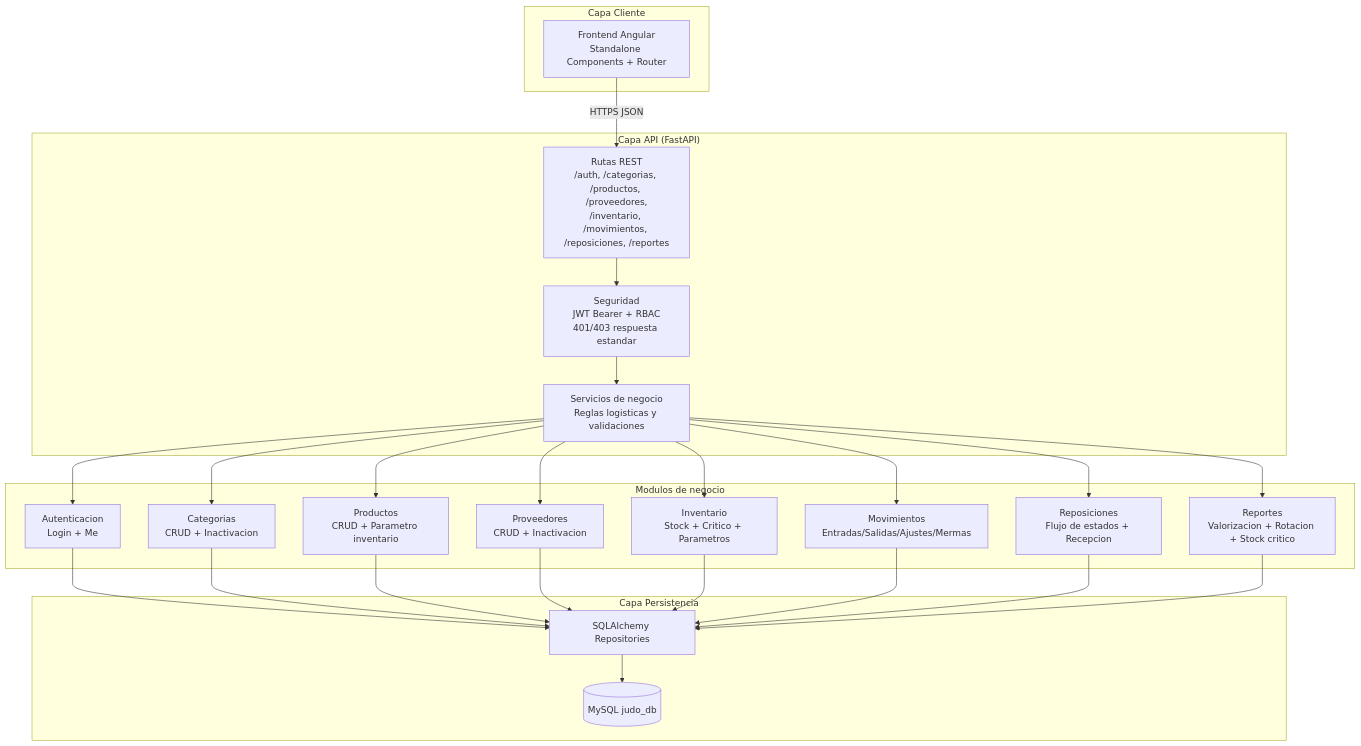
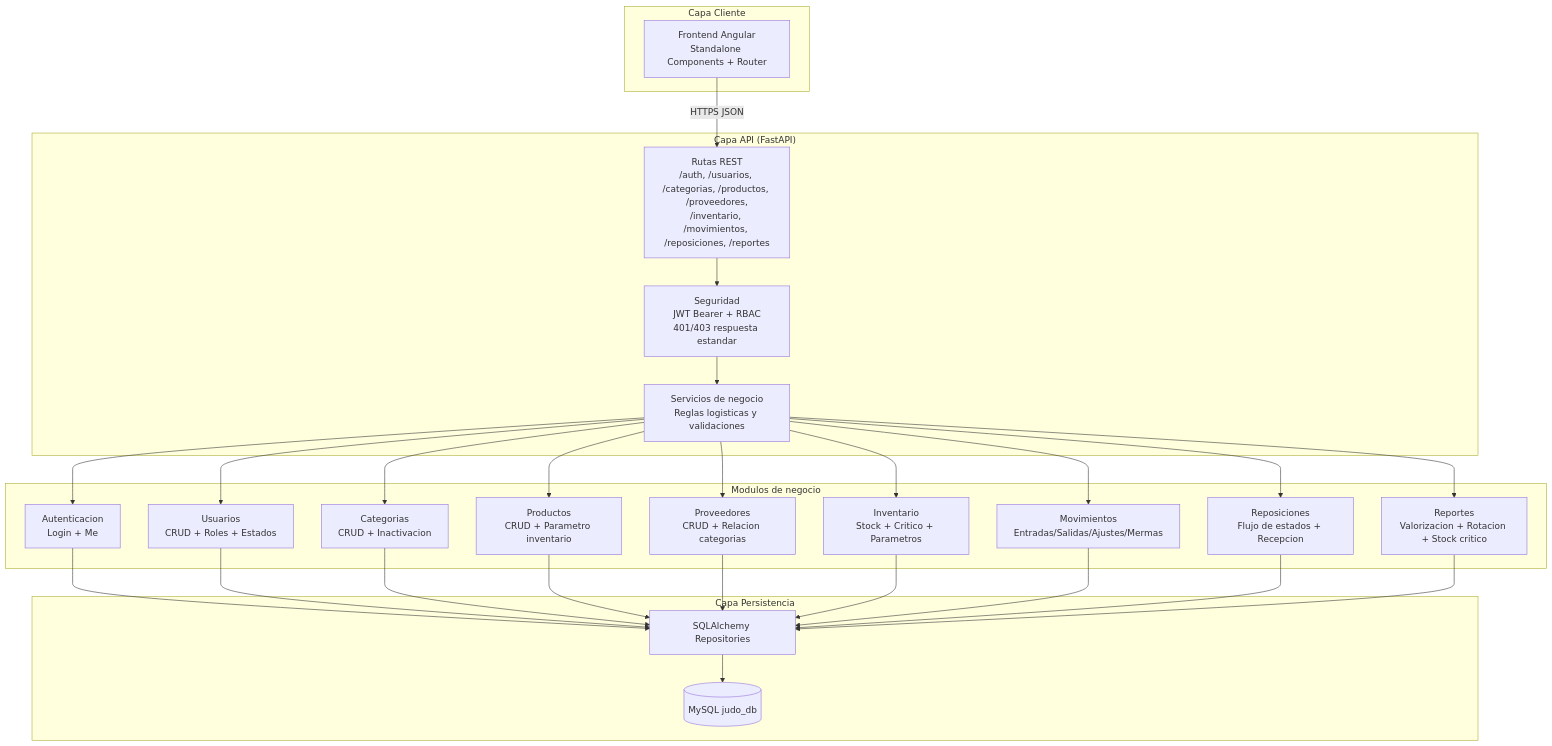
The second of 2 diagrams in README.md (Espiritu16/judo-apifast-backend), drawn with Mermaid before and after one commit. The commit also changed other lines of this file, not shown here.

````diff
--- a/README.md
+++ b/README.md
@@ -313,51 +328,54 @@
 ```mermaid
 flowchart TB
   subgraph C1["Capa Cliente"]
     FE["Frontend Angular<br/>Standalone Components + Router"]
   end
 
   subgraph C2["Capa API (FastAPI)"]
-    API["Rutas REST<br/>/auth, /categorias, /productos, /proveedores,<br/>/inventario, /movimientos, /reposiciones, /reportes"]
+    API["Rutas REST<br/>/auth, /usuarios, /categorias, /productos, /proveedores,<br/>/inventario, /movimientos, /reposiciones, /reportes"]
     SEC["Seguridad<br/>JWT Bearer + RBAC<br/>401/403 respuesta estandar"]
     APP["Servicios de negocio<br/>Reglas logisticas y validaciones"]
   end
 
   subgraph C3["Capa Persistencia"]
     ORM["SQLAlchemy Repositories"]
     DB[("MySQL judo_db")]
   end
 
   subgraph M["Modulos de negocio"]
     AUT["Autenticacion<br/>Login + Me"]
+    USU["Usuarios<br/>CRUD + Roles + Estados"]
     CAT["Categorias<br/>CRUD + Inactivacion"]
     PRO["Productos<br/>CRUD + Parametro inventario"]
-    PRV["Proveedores<br/>CRUD + Inactivacion"]
+    PRV["Proveedores<br/>CRUD + Relacion categorias"]
     INV["Inventario<br/>Stock + Critico + Parametros"]
     MOV["Movimientos<br/>Entradas/Salidas/Ajustes/Mermas"]
     REP["Reposiciones<br/>Flujo de estados + Recepcion"]
     RPT["Reportes<br/>Valorizacion + Rotacion + Stock critico"]
   end
 
   FE -->|"HTTPS JSON"| API
   API --> SEC
   SEC --> APP
 
   APP --> AUT
+  APP --> USU
   APP --> CAT
   APP --> PRO
   APP --> PRV
   APP --> INV
   APP --> MOV
   APP --> REP
   APP --> RPT
 
   AUT --> ORM
+  USU --> ORM
   CAT --> ORM
   PRO --> ORM
   PRV --> ORM
   INV --> ORM
   MOV --> ORM
   REP --> ORM
   RPT --> ORM
   ORM --> DB
 ```
````
